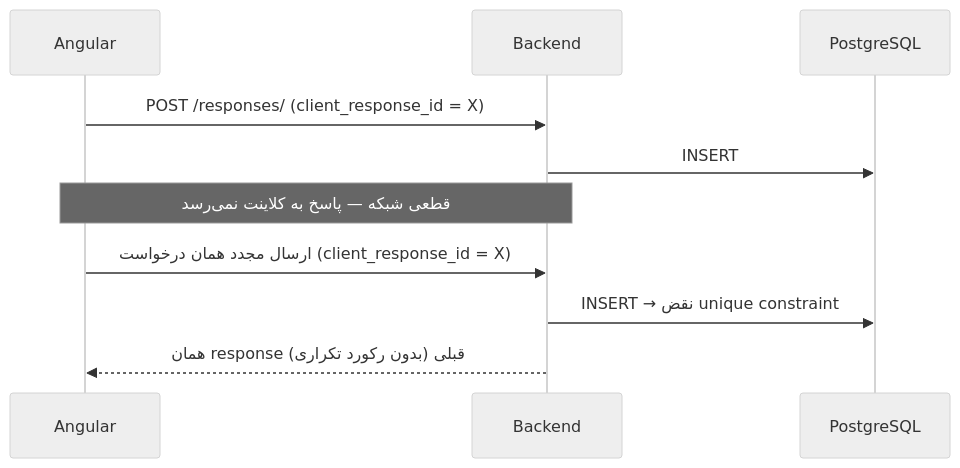
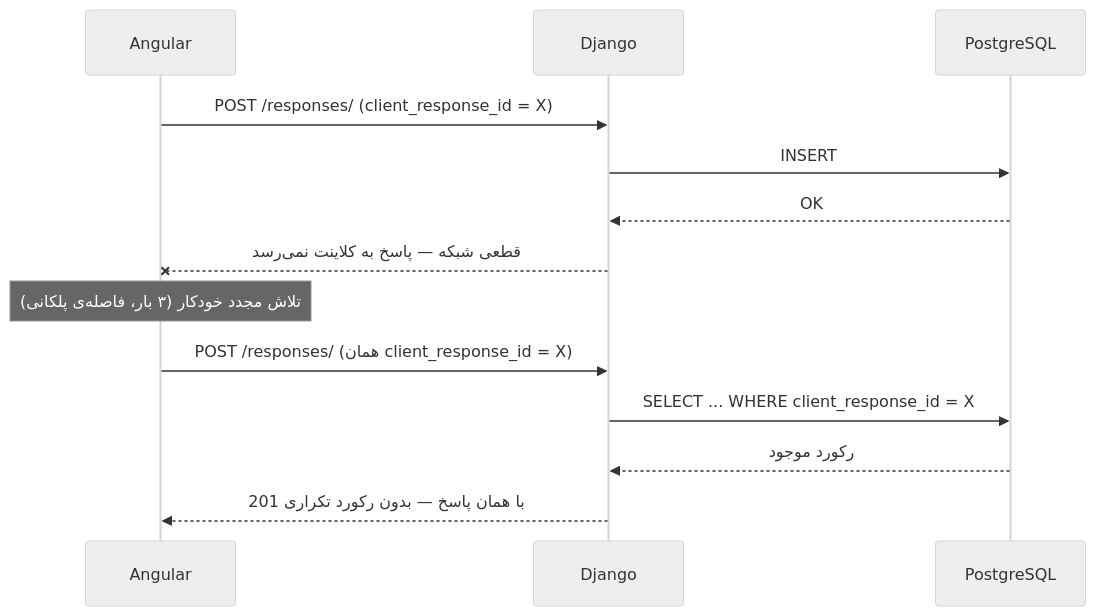
Before and after one commit to elmkhah/rorschach: the sixth of 13 diagrams in documentation/05-sequence-diagrams.md, drawn with Mermaid (neutral theme). The commit also changed other lines of this file and 23 other files, not shown here.

````diff
--- a/documentation/05-sequence-diagrams.md
+++ b/documentation/05-sequence-diagrams.md
@@ -149,13 +180,16 @@
 ```mermaid
 sequenceDiagram
     participant FE as Angular
-    participant BE as Backend
+    participant BE as Django
     participant DB as PostgreSQL
 
     FE->>BE: POST /responses/ (client_response_id = X)
     BE->>DB: INSERT
-    Note over FE,BE: قطعی شبکه — پاسخ به کلاینت نمی‌رسد
-    FE->>BE: ارسال مجدد همان درخواست (client_response_id = X)
-    BE->>DB: INSERT → نقض unique constraint
-    BE-->>FE: همان response قبلی (بدون رکورد تکراری)
+    DB-->>BE: OK
+    BE--xFE: قطعی شبکه — پاسخ به کلاینت نمی‌رسد
+    Note over FE: تلاش مجدد خودکار (۳ بار، فاصله‌ی پلکانی)
+    FE->>BE: POST /responses/ (همان client_response_id = X)
+    BE->>DB: SELECT ... WHERE client_response_id = X
+    DB-->>BE: رکورد موجود
+    BE-->>FE: 201 با همان پاسخ — بدون رکورد تکراری
 ```
````
